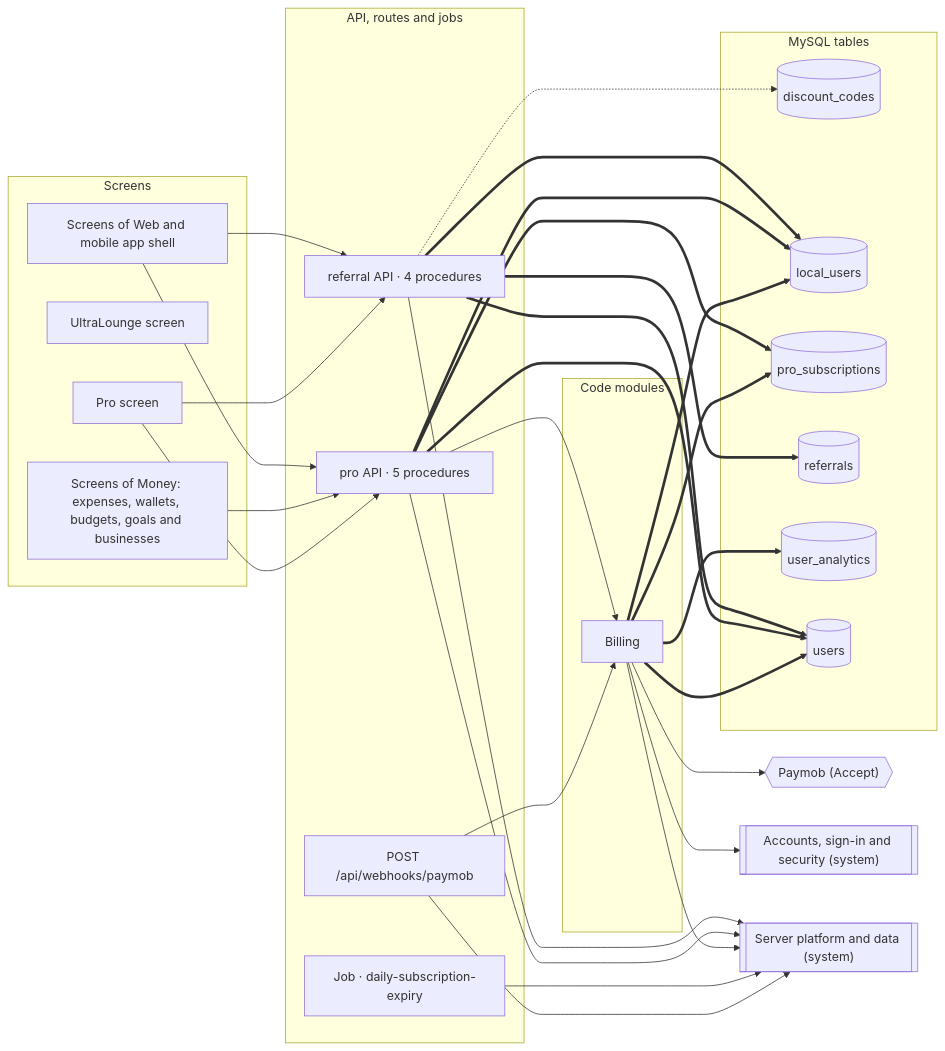
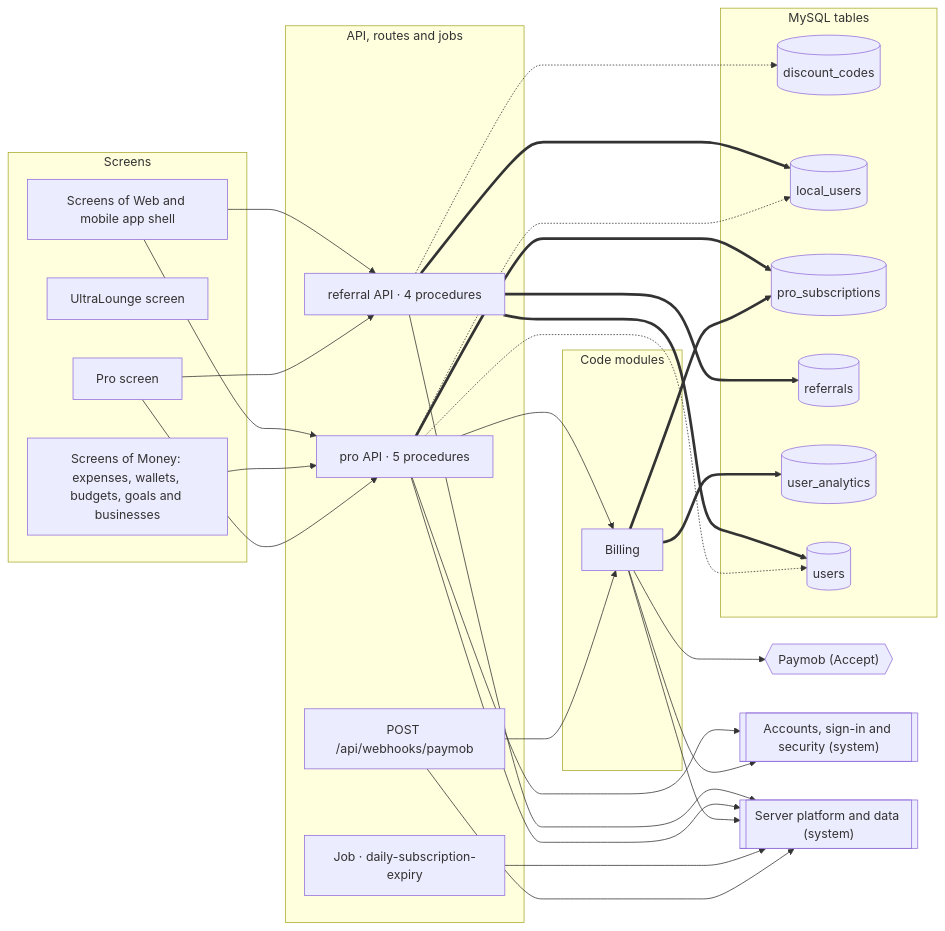
Before and after one commit to mahmoudtaherr111/smartspend_mini_all: the first of 2 diagrams in docs/atlas/systems/billing.md, drawn with Mermaid. The commit also changed other lines of this file and 38 other files, not shown here.

````diff
--- a/docs/atlas/systems/billing.md
+++ b/docs/atlas/systems/billing.md
@@ -13,54 +13,53 @@
 ```mermaid
 flowchart LR
   subgraph g_screens["Screens"]
     page_Pro["Pro screen"]
     page_UltraLounge["UltraLounge screen"]
     screens_money["Screens of Money: expenses, wallets, budgets, goals and businesses"]
     screens_web_app["Screens of Web and mobile app shell"]
   end
   subgraph g_api["API, routes and jobs"]
     http__api_webhooks["POST /api/webhooks/paymob"]
     job_daily_subscription_expiry["Job · daily-subscription-expiry"]
     router_pro["pro API · 5 procedures"]
     router_referral["referral API · 4 procedures"]
   end
   subgraph g_modules["Code modules"]
     mod_billing["Billing"]
   end
   subgraph g_tables["MySQL tables"]
     tbl_discount_codes[("discount_codes")]
     tbl_local_users[("local_users")]
     tbl_pro_subscriptions[("pro_subscriptions")]
     tbl_referrals[("referrals")]
     tbl_user_analytics[("user_analytics")]
     tbl_users[("users")]
   end
   ext_paymob{{"Paymob (Accept)"}}
   sys_accounts[["Accounts, sign-in and security (system)"]]
   sys_platform[["Server platform and data (system)"]]
   http__api_webhooks --> mod_billing
   http__api_webhooks --> sys_platform
   job_daily_subscription_expiry --> sys_platform
   mod_billing --> ext_paymob
   mod_billing --> sys_accounts
   mod_billing --> sys_platform
-  mod_billing ==> tbl_local_users
   mod_billing ==> tbl_pro_subscriptions
   mod_billing ==> tbl_user_analytics
-  mod_billing ==> tbl_users
   page_Pro --> router_pro
   page_Pro --> router_referral
   router_pro --> mod_billing
+  router_pro --> sys_accounts
   router_pro --> sys_platform
-  router_pro ==> tbl_local_users
+  router_pro -.-> tbl_local_users
+  router_pro -.-> tbl_users
   router_pro ==> tbl_pro_subscriptions
-  router_pro ==> tbl_users
   router_referral --> sys_platform
   router_referral -.-> tbl_discount_codes
   router_referral ==> tbl_local_users
   router_referral ==> tbl_referrals
   router_referral ==> tbl_users
   screens_money --> router_pro
   screens_web_app --> router_pro
   screens_web_app --> router_referral
 ```
````
